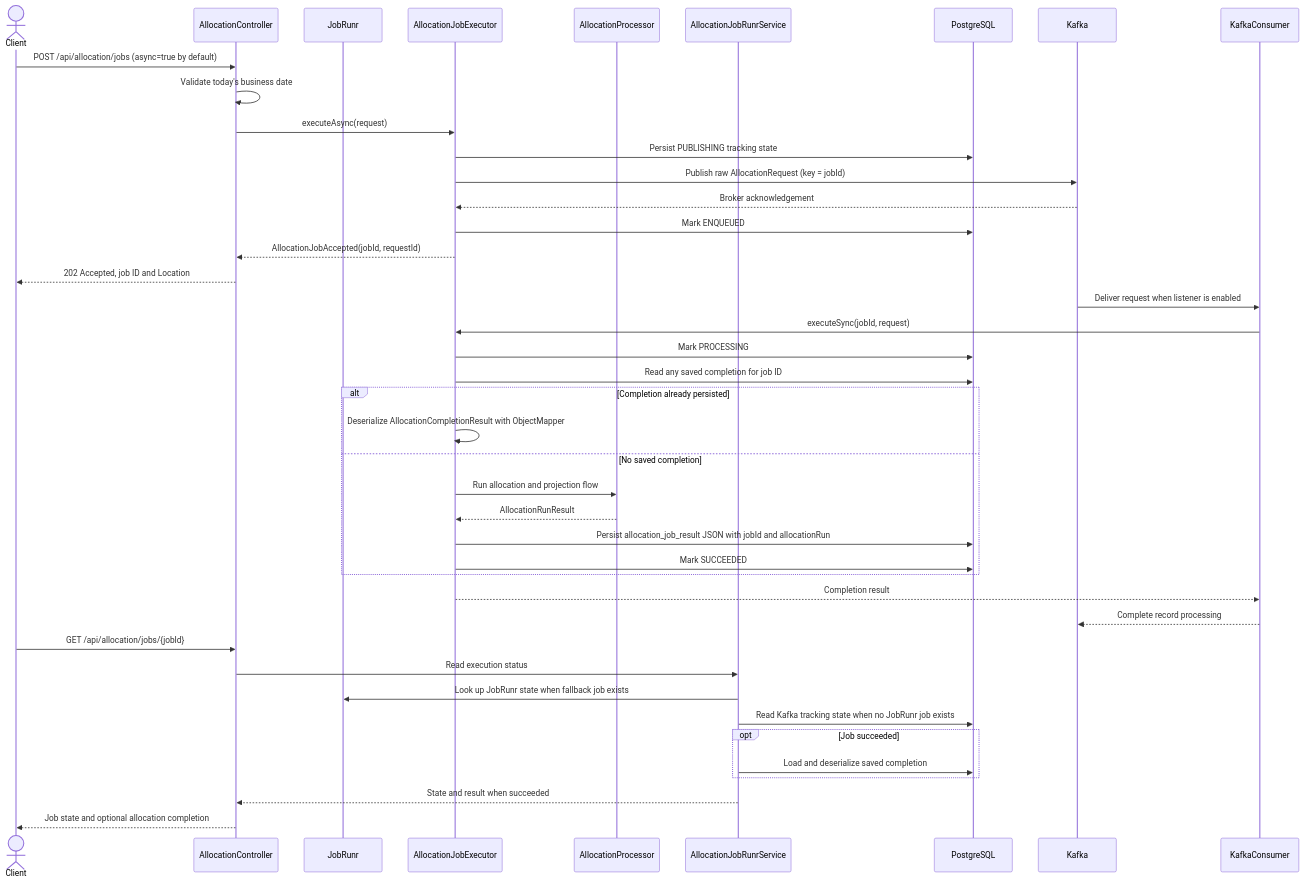
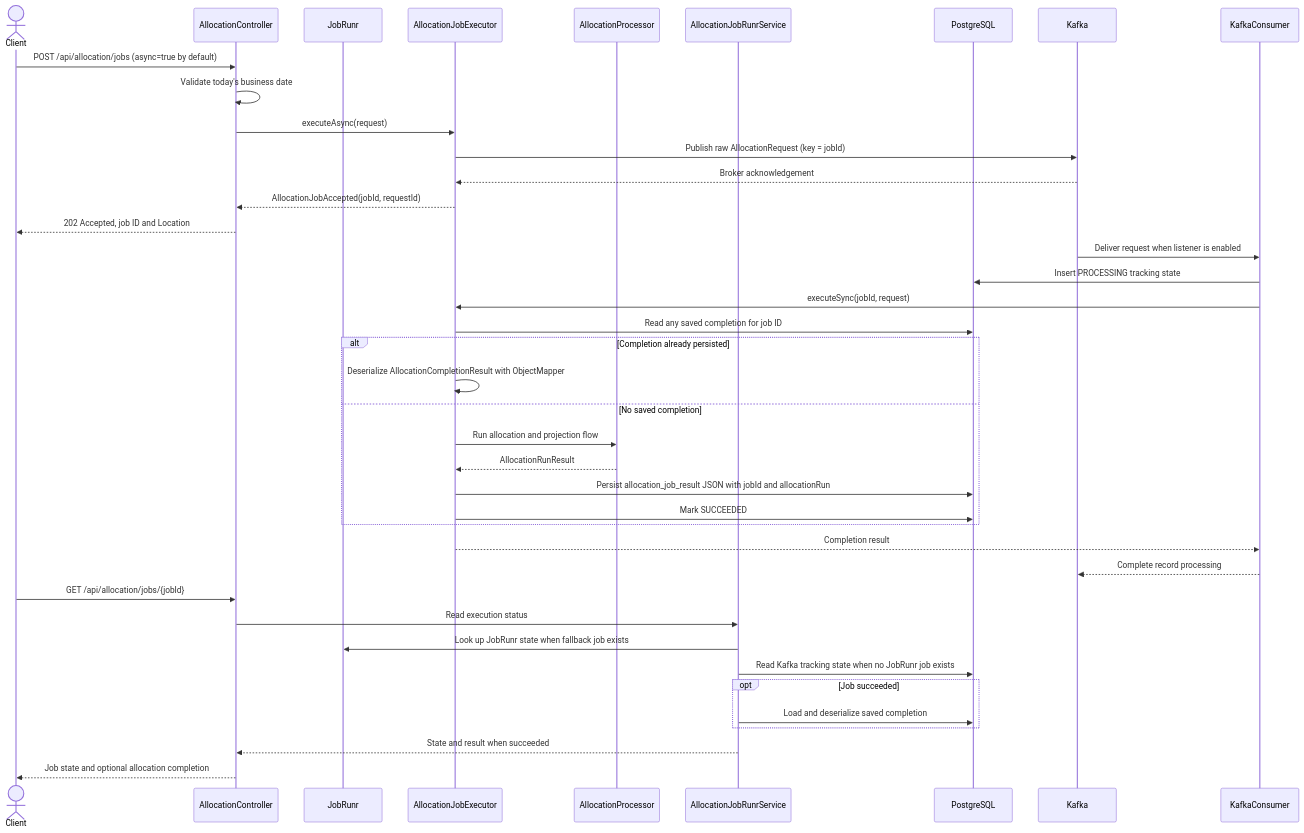
One commit to vriesjo/stockio changed the eighth of 16 diagrams in .github/memory/architecture.md. Above: the diagram before and after it, drawn with Mermaid. The commit also changed other lines of this file and 57 other files, not shown here.

````diff
--- a/.github/memory/architecture.md
+++ b/.github/memory/architecture.md
@@ -789,43 +799,41 @@
 ```mermaid
 sequenceDiagram
     actor Client
     participant REST as AllocationController
     participant Runtime as JobRunr
     participant Job as AllocationJobExecutor
     participant Processing as AllocationProcessor
     participant Status as AllocationJobRunrService
     participant DB as PostgreSQL
 
     Client->>REST: POST /api/allocation/jobs (async=true by default)
     REST->>REST: Validate today's business date
     REST->>Job: executeAsync(request)
-    Job->>DB: Persist PUBLISHING tracking state
     Job->>Kafka: Publish raw AllocationRequest (key = jobId)
     Kafka-->>Job: Broker acknowledgement
-    Job->>DB: Mark ENQUEUED
     Job-->>REST: AllocationJobAccepted(jobId, requestId)
     REST-->>Client: 202 Accepted, job ID and Location
     Kafka->>KafkaConsumer: Deliver request when listener is enabled
+    KafkaConsumer->>DB: Insert PROCESSING tracking state
     KafkaConsumer->>Job: executeSync(jobId, request)
-    Job->>DB: Mark PROCESSING
     Job->>DB: Read any saved completion for job ID
     alt Completion already persisted
         Job->>Job: Deserialize AllocationCompletionResult with ObjectMapper
     else No saved completion
         Job->>Processing: Run allocation and projection flow
         Processing-->>Job: AllocationRunResult
         Job->>DB: Persist allocation_job_result JSON with jobId and allocationRun
         Job->>DB: Mark SUCCEEDED
     end
     Job-->>KafkaConsumer: Completion result
     KafkaConsumer-->>Kafka: Complete record processing
     Client->>REST: GET /api/allocation/jobs/{jobId}
     REST->>Status: Read execution status
     Status->>Runtime: Look up JobRunr state when fallback job exists
     Status->>DB: Read Kafka tracking state when no JobRunr job exists
     opt Job succeeded
         Status->>DB: Load and deserialize saved completion
     end
     Status-->>REST: State and result when succeeded
     REST-->>Client: Job state and optional allocation completion
 ```
````
